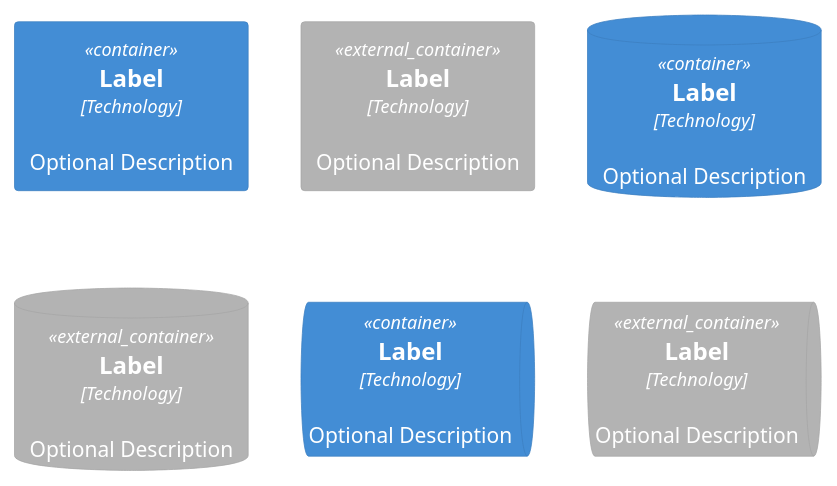
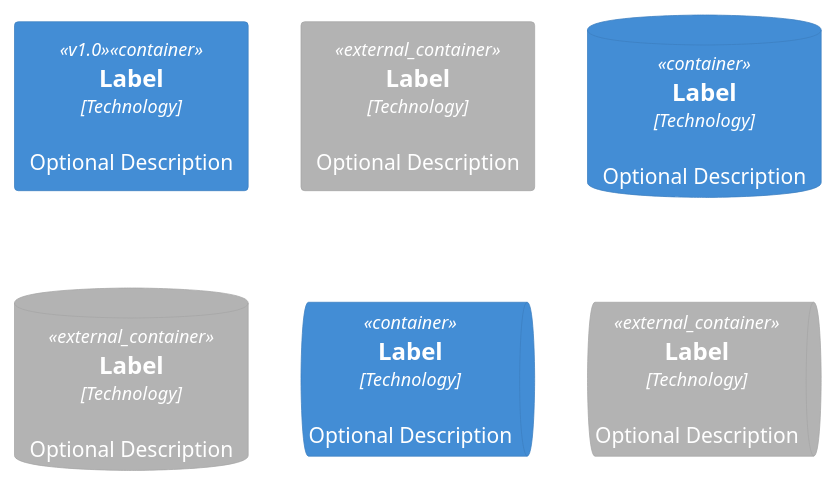
Before and after one commit to la-fabrique/plantuml-serializer: the diagram in src/__tests__/workspaces/container.puml, drawn with PlantUML. The commit also changed 8 other files, not shown here.

```diff
--- a/src/__tests__/workspaces/container.puml
+++ b/src/__tests__/workspaces/container.puml
@@ -1,9 +1,9 @@
 @startuml
 !include https://raw.githubusercontent.com/plantuml-stdlib/C4-PlantUML/master/C4_Container.puml
-Container(containerAlias, "Label", "Technology", "Optional Description")
+Container(containerAlias, "Label", "Technology", "Optional Description", $tags="v1.0")
 Container_Ext(containerExtAlias, "Label", "Technology", "Optional Description")
 ContainerDb(containerDbAlias, "Label", "Technology", "Optional Description")
 ContainerDb_Ext(containerDbExtAlias, "Label", "Technology", "Optional Description")
 ContainerQueue(containerQueueAlias, "Label", "Technology", "Optional Description")
 ContainerQueue_Ext(containerQueueExtAlias, "Label", "Technology", "Optional Description")
 @enduml
```
